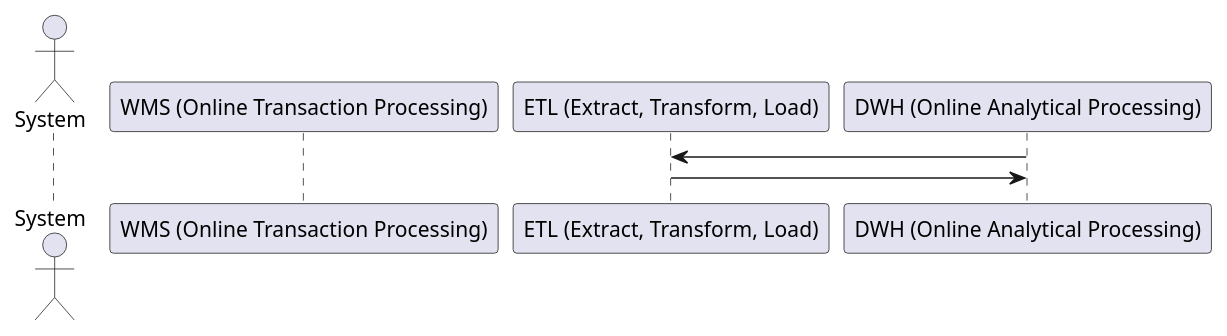
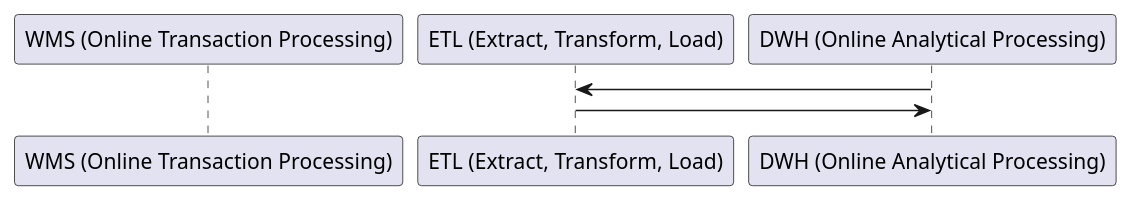
One commit to blro-ep/ITCNE23-SEM-III changed the second of 2 diagrams in Sequenzdiagramm.puml. Above: the diagram before and after it, drawn with PlantUML.

Commit message:
update sequenzdigramm

```diff
--- a/Sequenzdiagramm.puml
+++ b/Sequenzdiagramm.puml
@@ -16,9 +16,8 @@
 @startuml oltp_to_olap
-actor System
 participant "WMS (Online Transaction Processing)" as WMS
 participant "ETL (Extract, Transform, Load)" as ETL
 participant "DWH (Online Analytical Processing)" as OLAP
 
 OLAP -> ETL: 
 ETL -> OLAP:
 @enduml
```
